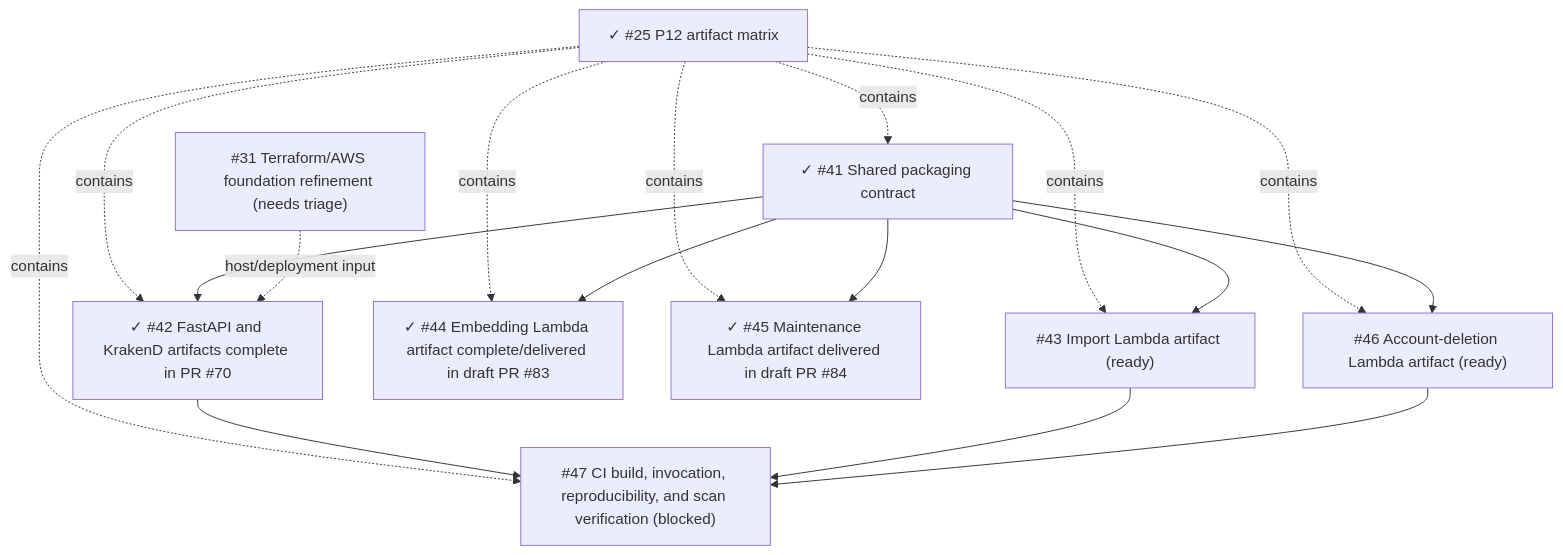
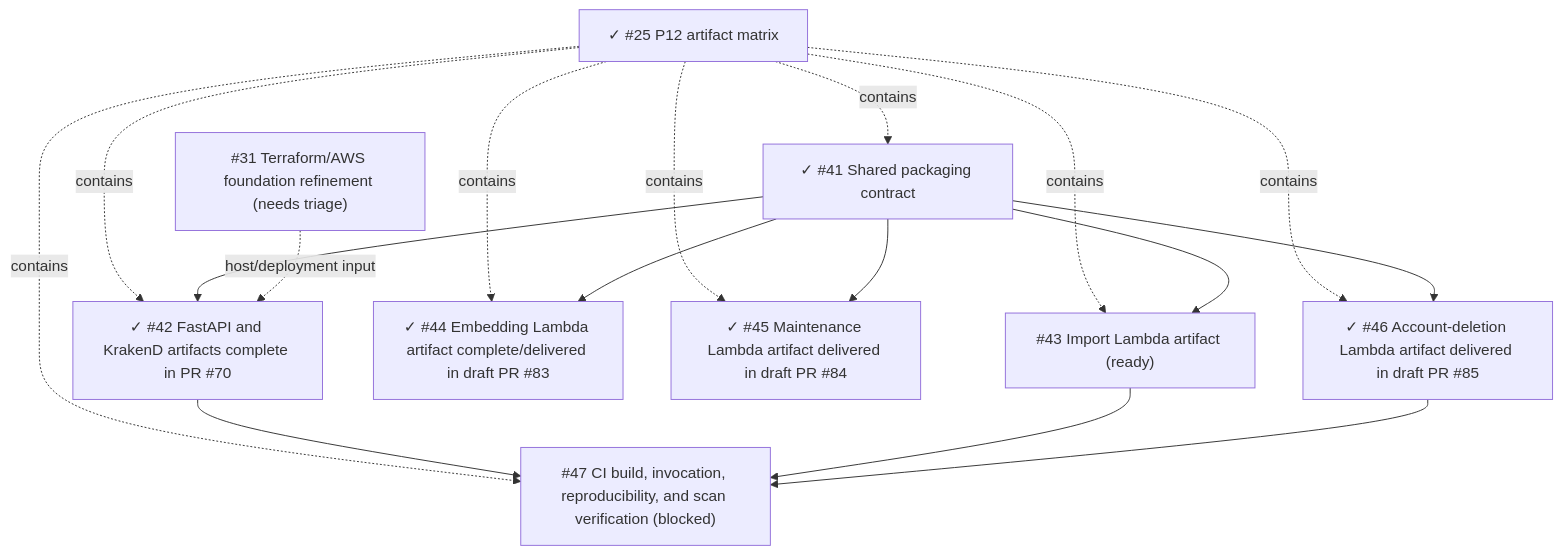
One commit to starkovalera/recipe-manager changed the diagram in docs/specs/2026-08-14-p12-production-artifact-matrix.md. Above: the diagram before and after it, drawn with Mermaid. The commit also changed other lines of this file and 11 other files, not shown here.

First line of the commit message:
feat(infra): add account-deletion Lambda production artifact (#46) (#85)

````diff
--- a/docs/specs/2026-08-14-p12-production-artifact-matrix.md
+++ b/docs/specs/2026-08-14-p12-production-artifact-matrix.md
@@ -256,32 +256,32 @@
 ```mermaid
 flowchart TD
   p25["✓ #25 P12 artifact matrix"]
   shared["✓ #41 Shared packaging contract"]
   api["✓ #42 FastAPI and KrakenD artifacts complete in PR #70"]
   import["#43 Import Lambda artifact (ready)"]
   embedding["✓ #44 Embedding Lambda artifact complete/delivered in draft PR #83"]
   maintenance["✓ #45 Maintenance Lambda artifact delivered in draft PR #84"]
-  deletion["#46 Account-deletion Lambda artifact (ready)"]
+  deletion["✓ #46 Account-deletion Lambda artifact delivered in draft PR #85"]
   ci["#47 CI build, invocation, reproducibility, and scan verification (blocked)"]
   infra["#31 Terraform/AWS foundation refinement (needs triage)"]
 
   p25 -. contains .-> shared
   p25 -. contains .-> api
   p25 -. contains .-> import
   p25 -. contains .-> embedding
   p25 -. contains .-> maintenance
   p25 -. contains .-> deletion
   p25 -. contains .-> ci
 
   shared --> api
   shared --> import
   shared --> embedding
   shared --> maintenance
   shared --> deletion
 
   api --> ci
   import --> ci
   deletion --> ci
 
   infra -. host/deployment input .-> api
 ```
````
